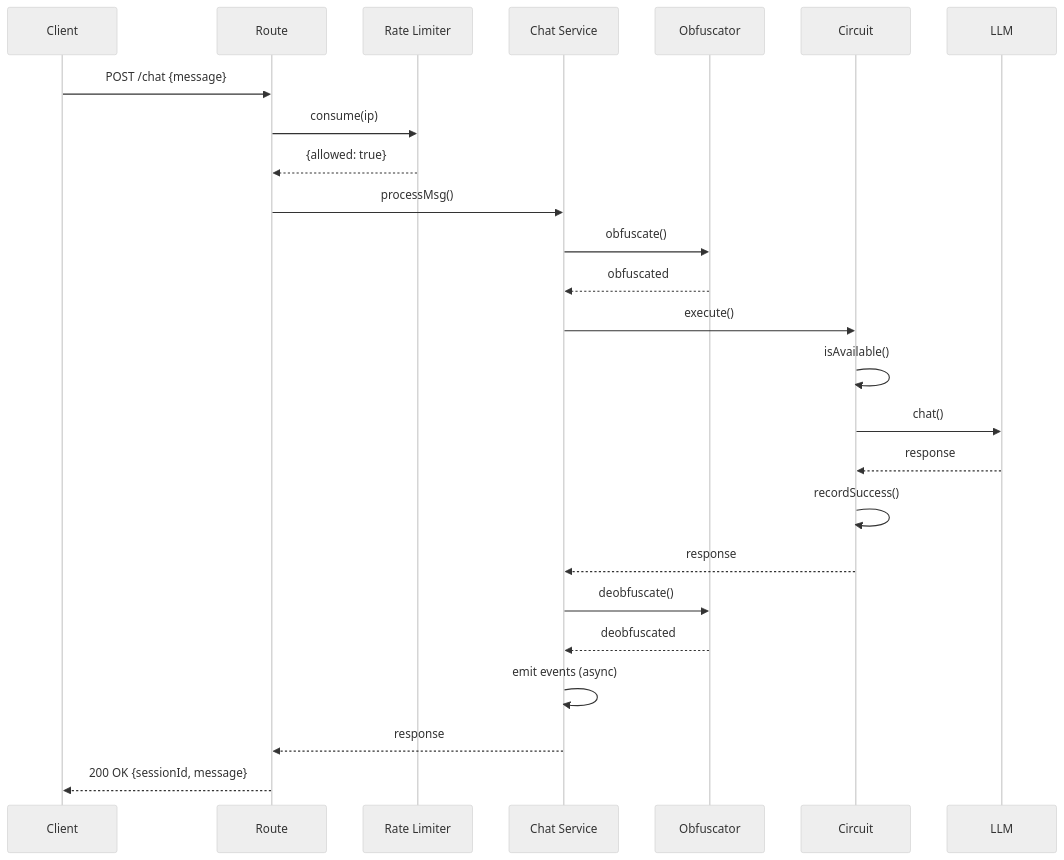
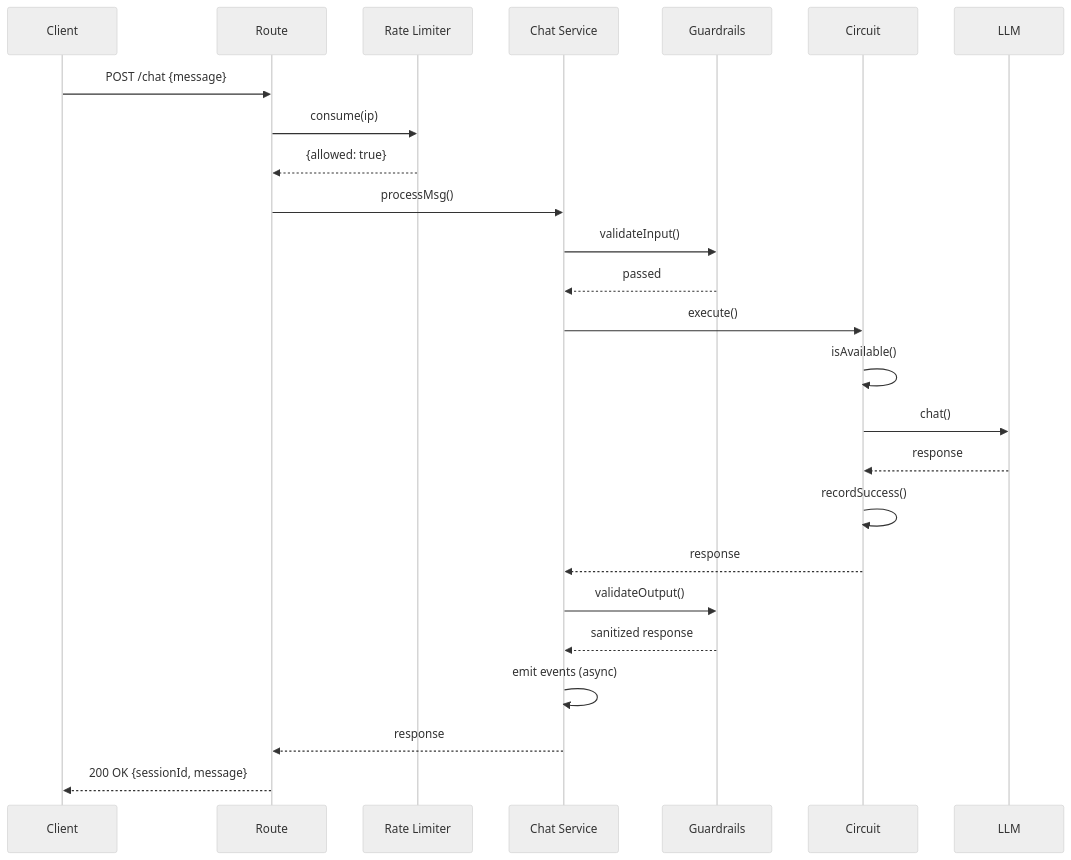
Before and after one commit to spencerjireh/portfolio-cms-express-backend-with-mcp-server: the ninth of 14 diagrams in docs-site/architecture/low-level-design.md, drawn with Mermaid (neutral theme). The commit also changed other lines of this file and 22 other files, not shown here.

````diff
--- a/docs-site/architecture/low-level-design.md
+++ b/docs-site/architecture/low-level-design.md
@@ -357,28 +357,28 @@
 ```mermaid
 sequenceDiagram
     participant Client
     participant Route
     participant RateLim as Rate Limiter
     participant ChatSvc as Chat Service
-    participant Obfusc as Obfuscator
+    participant Guards as Guardrails
     participant Circuit
     participant LLM
 
     Client->>Route: POST /chat {message}
     Route->>RateLim: consume(ip)
     RateLim-->>Route: {allowed: true}
     Route->>ChatSvc: processMsg()
-    ChatSvc->>Obfusc: obfuscate()
-    Obfusc-->>ChatSvc: obfuscated
+    ChatSvc->>Guards: validateInput()
+    Guards-->>ChatSvc: passed
     ChatSvc->>Circuit: execute()
     Circuit->>Circuit: isAvailable()
     Circuit->>LLM: chat()
     LLM-->>Circuit: response
     Circuit->>Circuit: recordSuccess()
     Circuit-->>ChatSvc: response
-    ChatSvc->>Obfusc: deobfuscate()
-    Obfusc-->>ChatSvc: deobfuscated
+    ChatSvc->>Guards: validateOutput()
+    Guards-->>ChatSvc: sanitized response
     ChatSvc->>ChatSvc: emit events (async)
     ChatSvc-->>Route: response
     Route-->>Client: 200 OK {sessionId, message}
 ```
````
